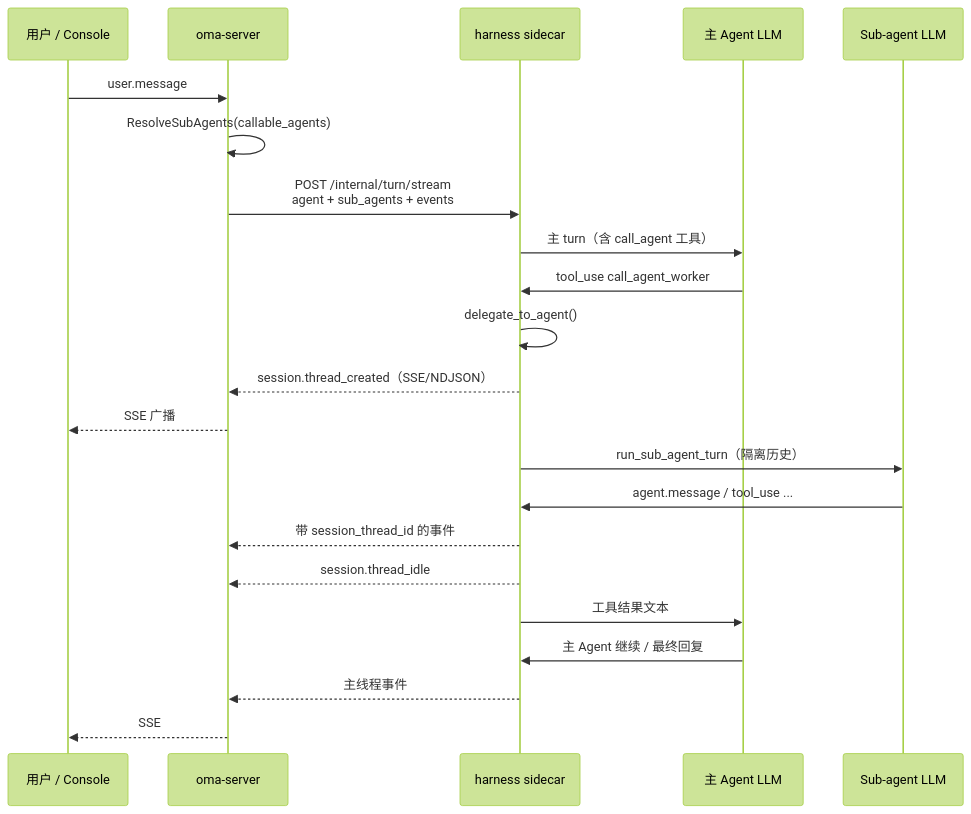
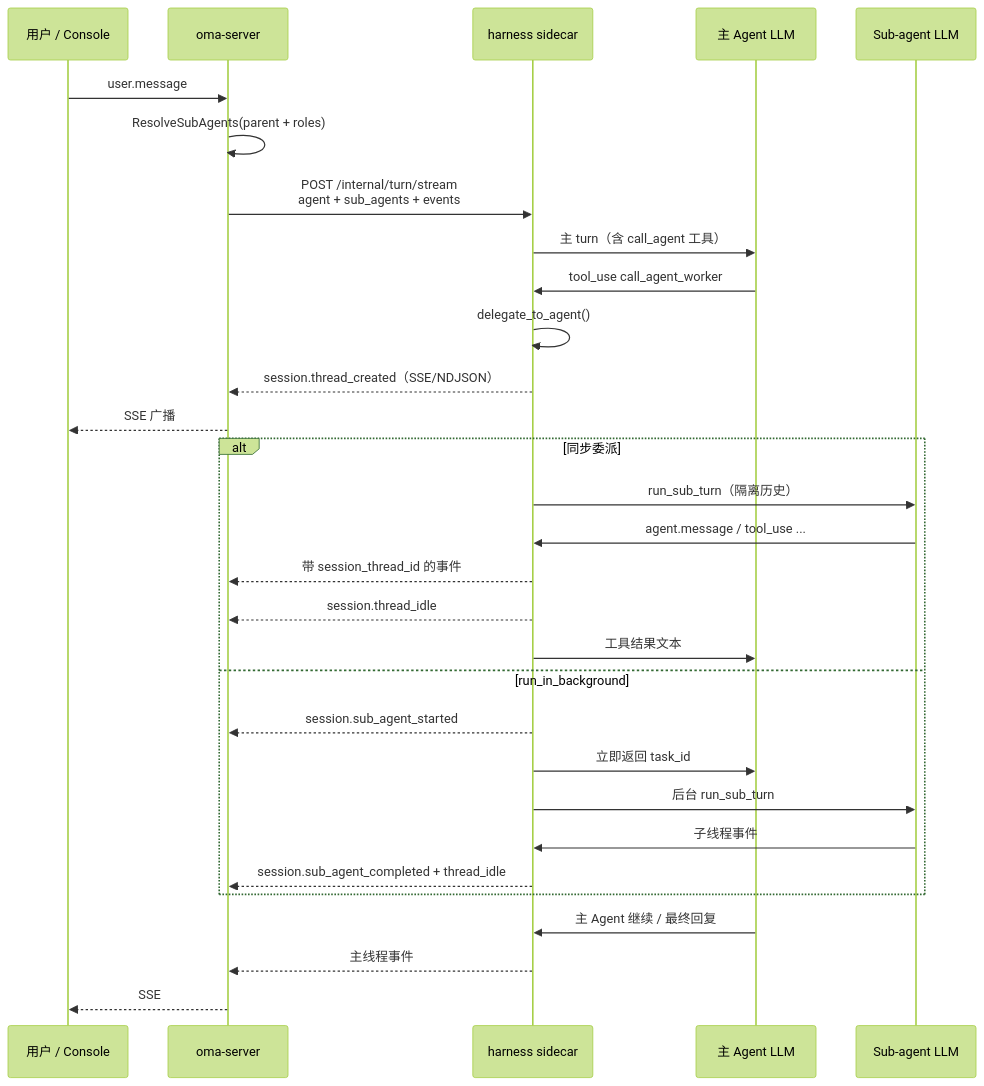
One commit to www6v/oma-platform changed the diagram in docs/design/subagent.md. Above: the diagram before and after it, drawn with Mermaid (forest theme). The commit also changed other lines of this file and 38 other files, not shown here.

````diff
--- a/docs/design/subagent.md
+++ b/docs/design/subagent.md
@@ -272,25 +358,33 @@
 ```mermaid
 sequenceDiagram
     participant User as 用户 / Console
     participant Go as oma-server
     participant Py as harness sidecar
     participant LLM as 主 Agent LLM
     participant Sub as Sub-agent LLM
 
     User->>Go: user.message
-    Go->>Go: ResolveSubAgents(callable_agents)
+    Go->>Go: ResolveSubAgents(parent + roles)
     Go->>Py: POST /internal/turn/stream<br/>agent + sub_agents + events
     Py->>LLM: 主 turn（含 call_agent 工具）
     LLM->>Py: tool_use call_agent_worker
     Py->>Py: delegate_to_agent()
     Py-->>Go: session.thread_created（SSE/NDJSON）
     Go-->>User: SSE 广播
-    Py->>Sub: run_sub_agent_turn（隔离历史）
-    Sub->>Py: agent.message / tool_use ...
-    Py-->>Go: 带 session_thread_id 的事件
-    Py-->>Go: session.thread_idle
-    Py->>LLM: 工具结果文本
+    alt 同步委派
+        Py->>Sub: run_sub_turn（隔离历史）
+        Sub->>Py: agent.message / tool_use ...
+        Py-->>Go: 带 session_thread_id 的事件
+        Py-->>Go: session.thread_idle
+        Py->>LLM: 工具结果文本
+    else run_in_background
+        Py-->>Go: session.sub_agent_started
+        Py->>LLM: 立即返回 task_id
+        Py->>Sub: 后台 run_sub_turn
+        Sub->>Py: 子线程事件
+        Py-->>Go: session.sub_agent_completed + thread_idle
+    end
     LLM->>Py: 主 Agent 继续 / 最终回复
     Py-->>Go: 主线程事件
     Go-->>User: SSE
 ```
````
